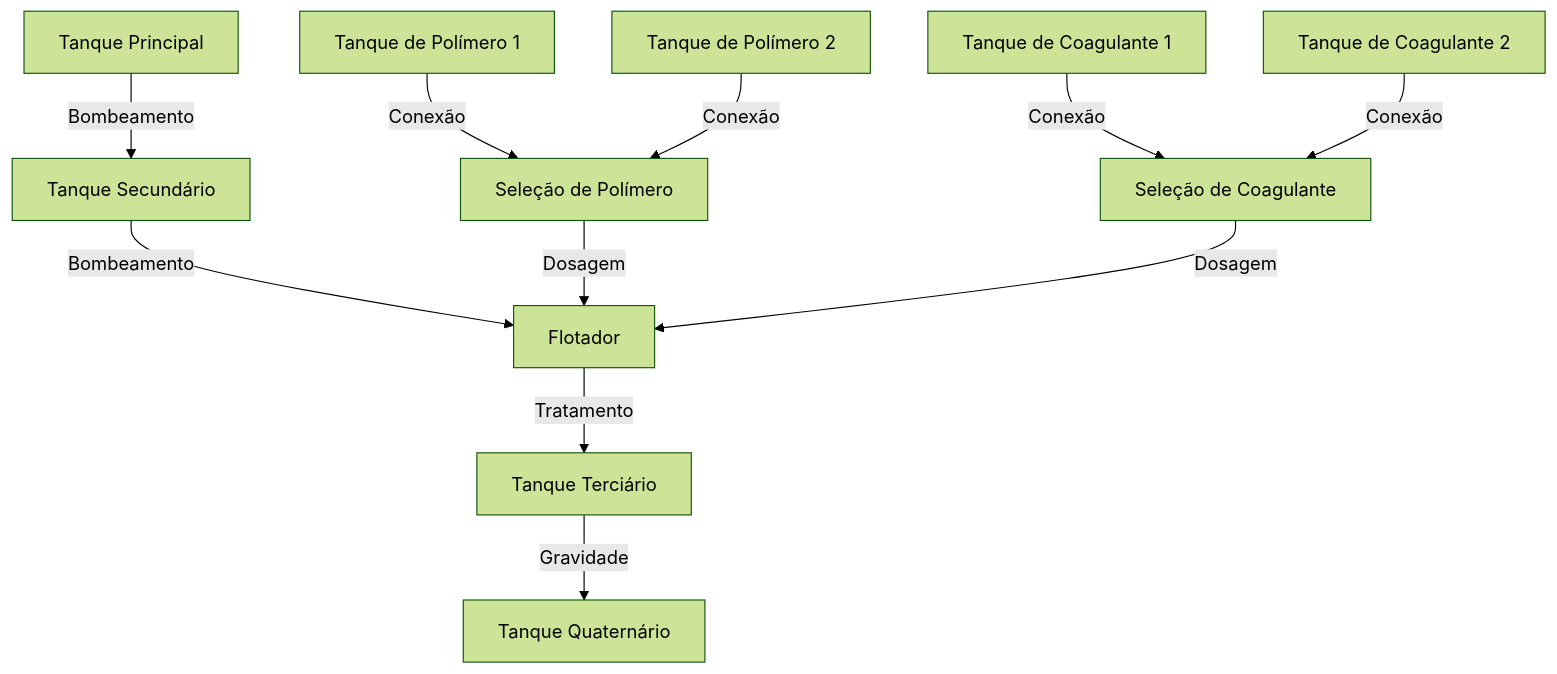
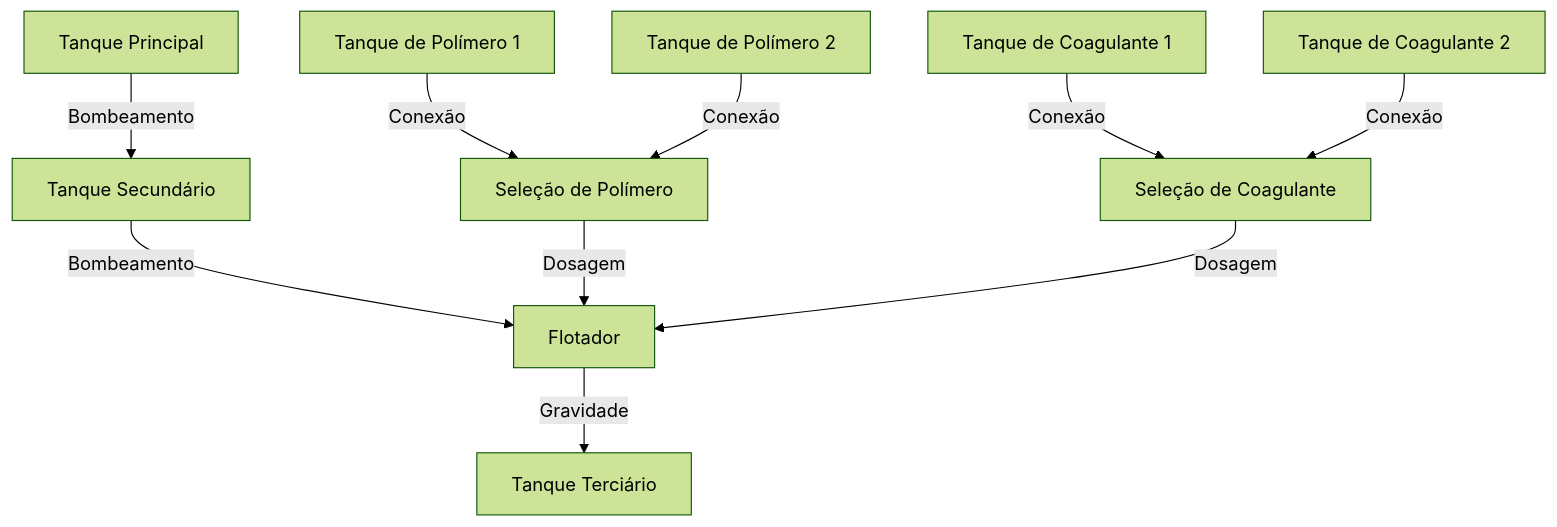
The diagram in level_control/README.md (thalesfb/ind_automation), drawn with Mermaid (forest theme) before and after one commit. The commit also changed other lines of this file, not shown here.

````diff
--- a/level_control/README.md
+++ b/level_control/README.md
@@ -35,13 +35,12 @@
 ```mermaid
 graph TD;
     A[Tanque Principal] -->|Bombeamento| B[Tanque Secundário];
     B -->|Bombeamento| C[Flotador];
-    C -->|Tratamento| D[Tanque Terciário];
-    D -->|Gravidade| E[Tanque Quaternário];
+    C -->|Gravidade| E[Tanque Terciário];
     F[Tanque de Polímero 1] -->|Conexão| J[Seleção de Polímero];
     G[Tanque de Polímero 2] -->|Conexão| J;
     J -->|Dosagem| C;
     H[Tanque de Coagulante 1] -->|Conexão| K[Seleção de Coagulante];
     I[Tanque de Coagulante 2] -->|Conexão| K;
     K -->|Dosagem| C;
 ```
````
